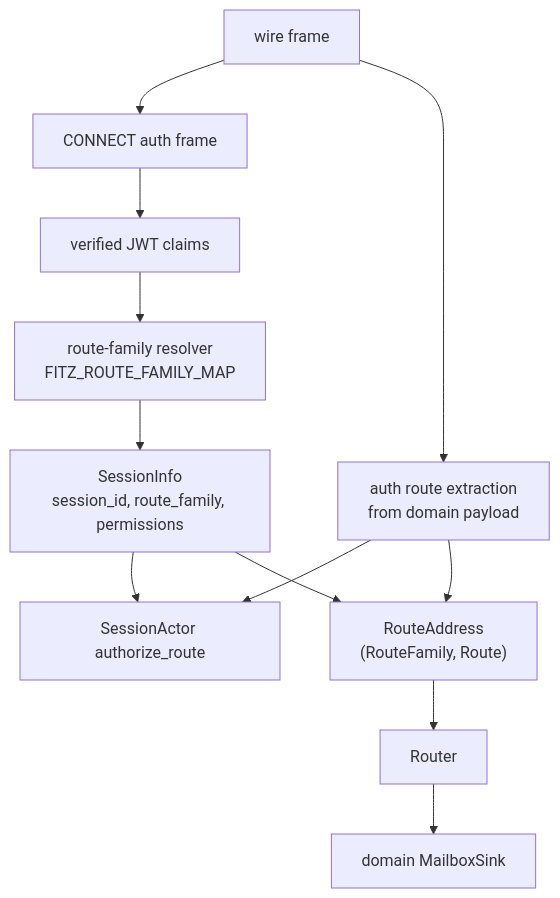
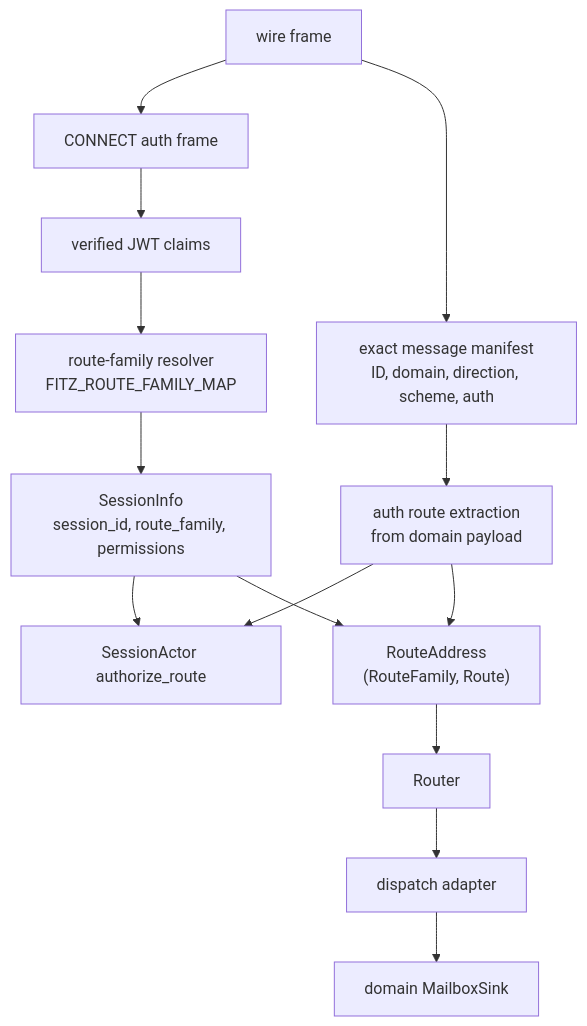
The third of 3 diagrams in docs/development/code-architecture-modules.md (cntryl/fitz), drawn with Mermaid before and after one commit. The commit also changed other lines of this file and 150 other files, not shown here.

````diff
--- a/docs/development/code-architecture-modules.md
+++ b/docs/development/code-architecture-modules.md
@@ -175,21 +182,23 @@
 ```mermaid
 flowchart TB
     FRAME["wire frame"]
     CONNECT["CONNECT auth frame"]
     CLAIMS["verified JWT claims"]
     FAMILYMAP["route-family resolver<br/>FITZ_ROUTE_FAMILY_MAP"]
     SESSIONINFO["SessionInfo<br/>session_id, route_family, permissions"]
     ROUTEEXTRACT["auth route extraction<br/>from domain payload"]
     AUTHZ["SessionActor authorize_route"]
     ADDRESS["RouteAddress<br/>(RouteFamily, Route)"]
+    MANIFEST["exact message manifest<br/>ID, domain, direction, scheme, auth"]
+    DISPATCH["dispatch adapter"]
     ROUTER["Router"]
     SINK["domain MailboxSink"]
 
     FRAME --> CONNECT
     CONNECT --> CLAIMS --> FAMILYMAP --> SESSIONINFO
-    FRAME --> ROUTEEXTRACT --> AUTHZ
+    FRAME --> MANIFEST --> ROUTEEXTRACT --> AUTHZ
     SESSIONINFO --> AUTHZ
     SESSIONINFO --> ADDRESS
     ROUTEEXTRACT --> ADDRESS
-    ADDRESS --> ROUTER --> SINK
+    ADDRESS --> ROUTER --> DISPATCH --> SINK
 ```
````
